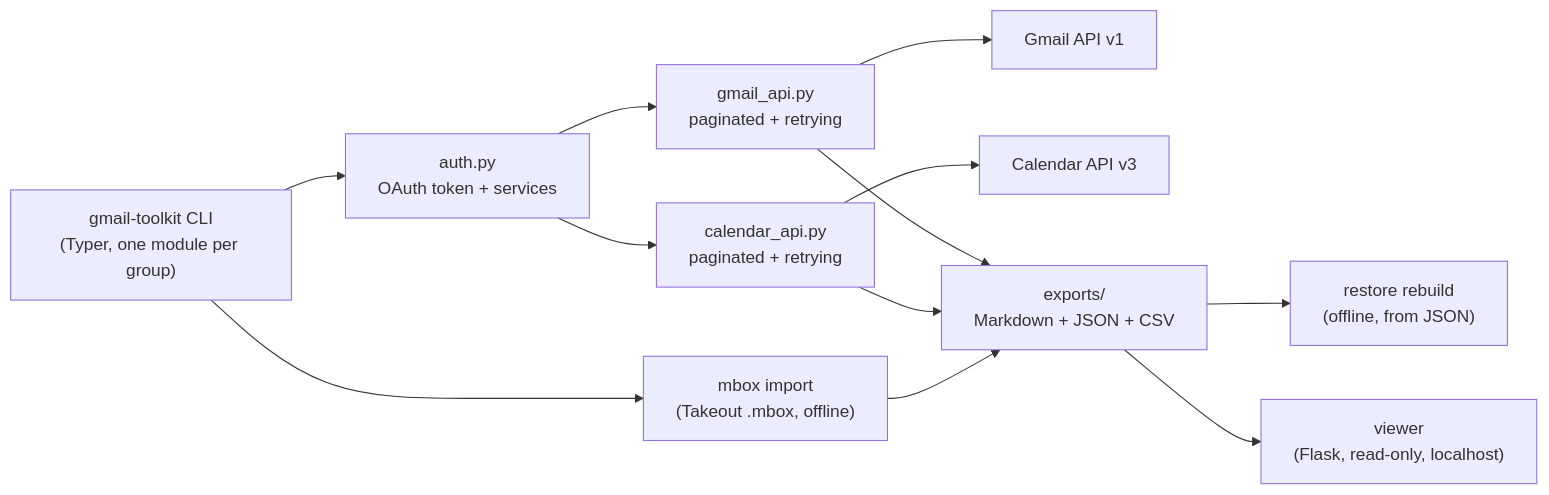
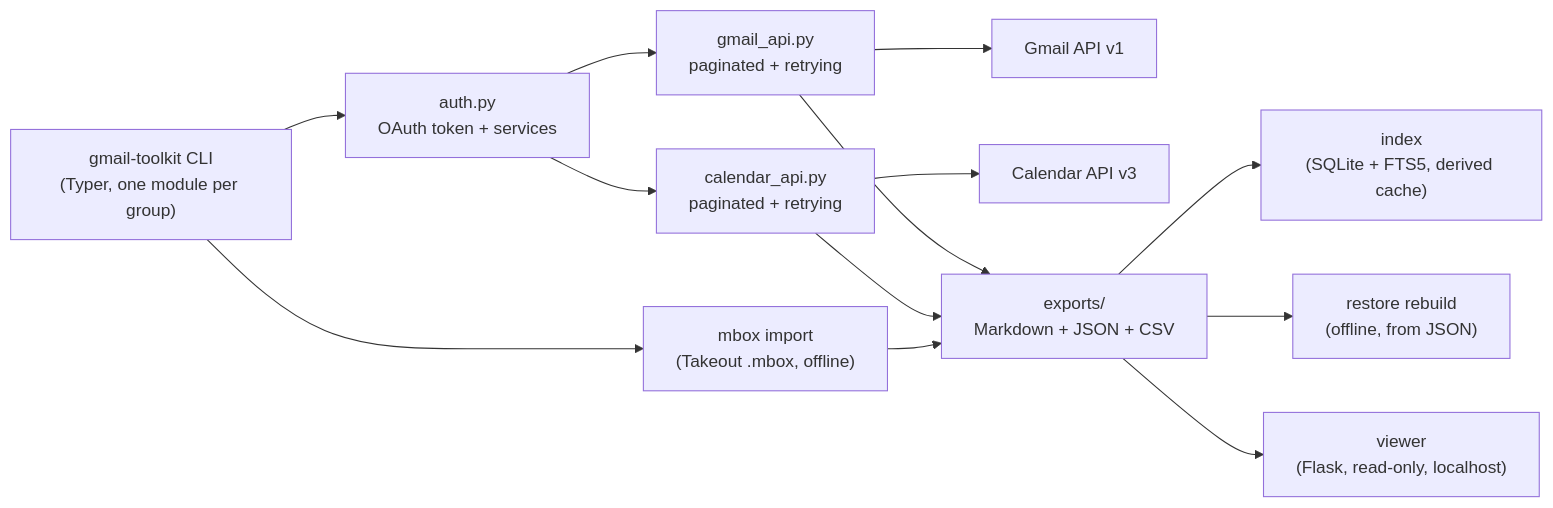
The diagram in README.md (enonymous1/gmail-forensic-toolkit), drawn with Mermaid before and after one commit. The commit also changed other lines of this file and 8 other files, not shown here.

Commit message:
SQLite search index over exports: build/update/search/stats (2.5.0)

````diff
--- a/README.md
+++ b/README.md
@@ -353,14 +384,15 @@
 ```mermaid
 flowchart LR
     CLI["gmail-toolkit CLI<br/>(Typer, one module per group)"] --> Auth["auth.py<br/>OAuth token + services"]
     Auth --> Gmail["gmail_api.py<br/>paginated + retrying"]
     Auth --> Cal["calendar_api.py<br/>paginated + retrying"]
     Gmail --> GAPI["Gmail API v1"]
     Cal --> CAPI["Calendar API v3"]
     Gmail --> Exports["exports/<br/>Markdown + JSON + CSV"]
     Cal --> Exports
     CLI --> Mbox["mbox import<br/>(Takeout .mbox, offline)"]
     Mbox --> Exports
+    Exports --> Index["index<br/>(SQLite + FTS5, derived cache)"]
     Exports --> Restore["restore rebuild<br/>(offline, from JSON)"]
     Exports --> Viewer["viewer<br/>(Flask, read-only, localhost)"]
 ```
````
